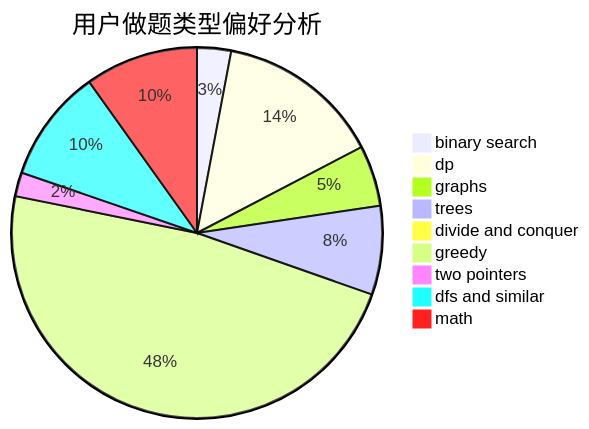
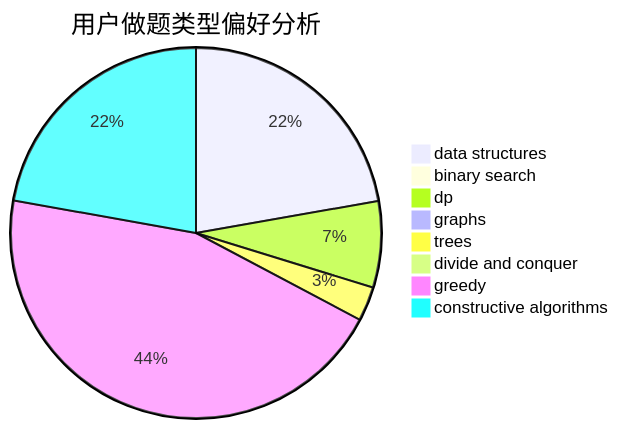
The second of 3 diagrams in docs/user/u1214.md (sherpahu/cfrs.github.io), drawn with Mermaid before and after one commit. The commit also changed other lines of this file and 2775 other files, not shown here.

````diff
--- a/docs/user/u1214.md
+++ b/docs/user/u1214.md
@@ -23,12 +23,11 @@
 ```mermaid
 pie title 用户做题类型偏好分析
-    "binary search" :  67
-    "dp" :  325
-    "graphs" :  120
-    "trees" :  175
+    "data structures" :  452
+    "binary search" :  20
+    "dp" :  153
+    "graphs" :  8
+    "trees" :  61
     "divide and conquer" :  8
-    "greedy" :  1081
-    "two pointers" :  47
-    "dfs and similar" :  223
-    "math" :  223
+    "greedy" :  916
+    "constructive algorithms" :  451
 ```
````
